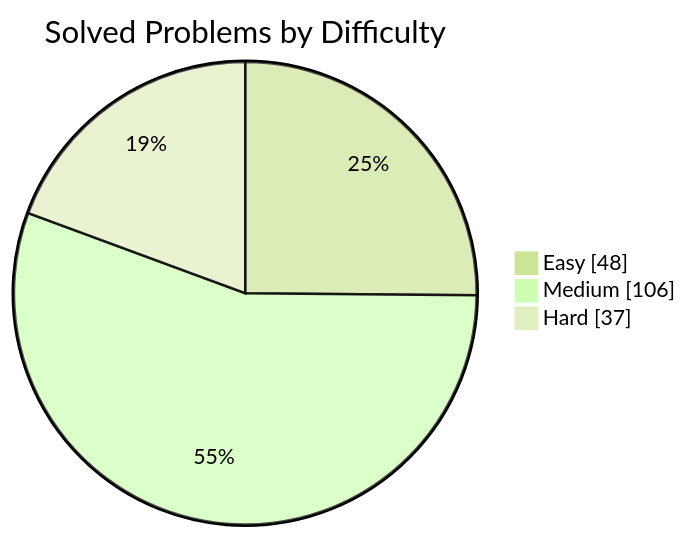
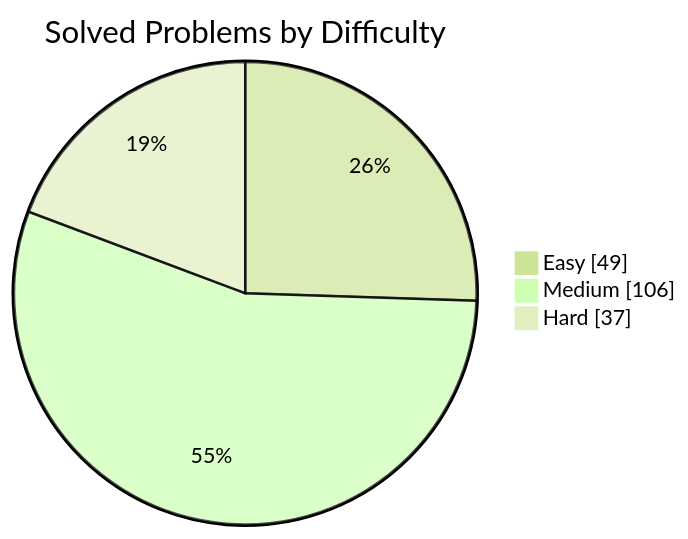
One commit to manikantbindass/DSA-Preparation-FAANG changed the first of 2 diagrams in README.md. Above: the diagram before and after it, drawn with Mermaid (forest theme). The commit also changed other lines of this file, not shown here.

````diff
--- a/README.md
+++ b/README.md
@@ -38,7 +38,7 @@
 ```mermaid
 pie showData
     title Solved Problems by Difficulty
-    "Easy" : 48
+    "Easy" : 49
     "Medium" : 106
     "Hard" : 37
 ```
````
